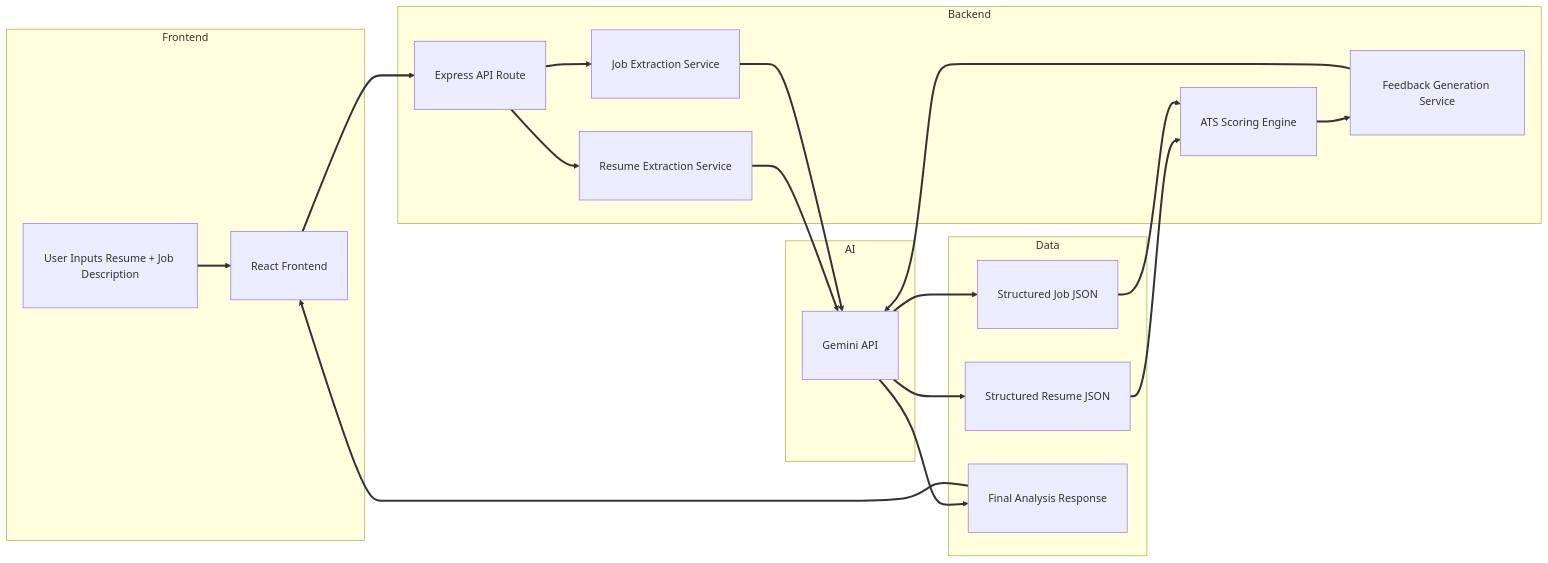
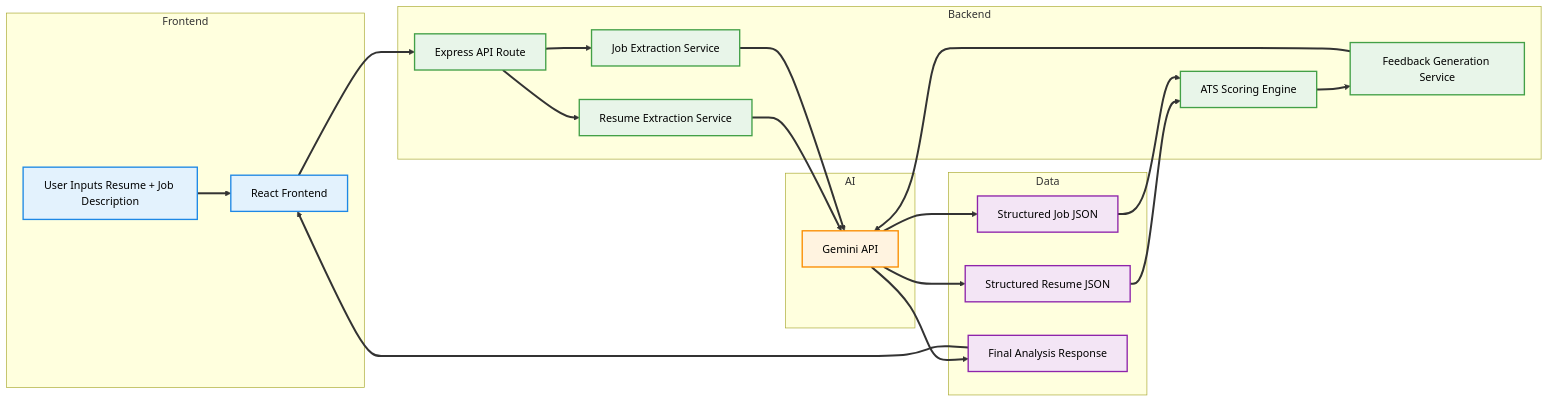
Before and after one commit to Sam-AI-Solutions/AI-Resume-Matcher: the diagram in README.md, drawn with Mermaid.

````diff
--- a/README.md
+++ b/README.md
@@ -3,57 +3,66 @@
 ```mermaid
 flowchart LR
 
     subgraph Frontend
         A["User Inputs Resume + Job Description"]
         B["React Frontend"]
     end
 
     subgraph Backend
         C["Express API Route"]
 
         D["Resume Extraction Service"]
         E["Job Extraction Service"]
 
         F["ATS Scoring Engine"]
 
         G["Feedback Generation Service"]
     end
 
     subgraph AI
         H["Gemini API"]
     end
 
     subgraph Data
         I["Structured Resume JSON"]
         J["Structured Job JSON"]
         K["Final Analysis Response"]
     end
 
-    A -->| | B
-    B -->| | C
+    A --> B
+    B --> C
 
-    C -->| | D
-    C -->| | E
+    C --> D
+    C --> E
 
-    D -->| | H
-    E -->| | H
+    D --> H
+    E --> H
 
-    H -->| | I
-    H -->| | J
+    H --> I
+    H --> J
 
-    I -->| | F
-    J -->| | F
+    I --> F
+    J --> F
 
-    F -->| | G
+    F --> G
 
-    G -->| | H
+    G --> H
 
-    H -->| | K
+    H --> K
 
-    K -->| | B
+    K --> B
 
+    %% Link Styling
     linkStyle default stroke-width:3px;
 
-    classDef nodePadding padding:15px;
-    class A,B,C,D,E,F,G,H,I,J,K nodePadding;
+    %% Node Styling
+    classDef frontend fill:#E3F2FD,stroke:#1E88E5,color:#000,stroke-width:2px;
+    classDef backend fill:#E8F5E9,stroke:#43A047,color:#000,stroke-width:2px;
+    classDef ai fill:#FFF3E0,stroke:#FB8C00,color:#000,stroke-width:2px;
+    classDef data fill:#F3E5F5,stroke:#8E24AA,color:#000,stroke-width:2px;
+
+    class A,B frontend;
+    class C,D,E,F,G backend;
+    class H ai;
+    class I,J,K data;
 ```
````
